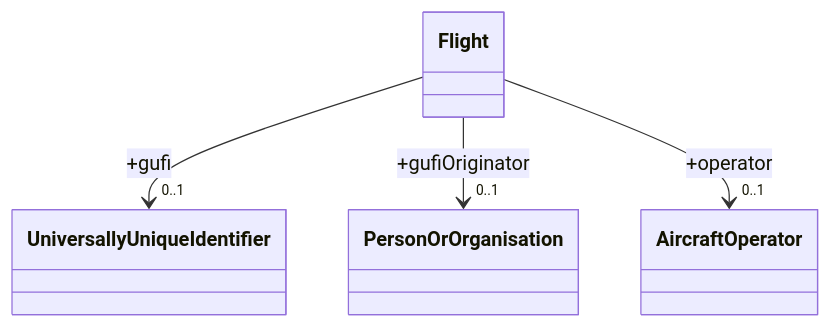
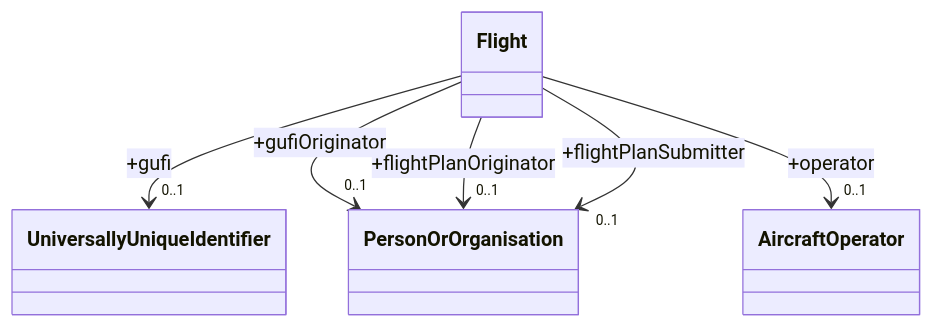
One commit to du-lapin/test_docsify changed the third of 3 diagrams in docs/fixm/FIXM_UML_in_mermaid.md. Above: the diagram before and after it, drawn with Mermaid.

````diff
--- a/docs/fixm/FIXM_UML_in_mermaid.md
+++ b/docs/fixm/FIXM_UML_in_mermaid.md
@@ -32,6 +32,8 @@
 ```mermaid
 classDiagram
 Flight --> "0..1"  UniversallyUniqueIdentifier : +gufi
 Flight --> "0..1"  PersonOrOrganisation : +gufiOriginator
 Flight --> "0..1"  AircraftOperator : +operator
+Flight --> "0..1"  PersonOrOrganisation : +flightPlanOriginator
+Flight --> "0..1"  PersonOrOrganisation : +flightPlanSubmitter
 ```
````
